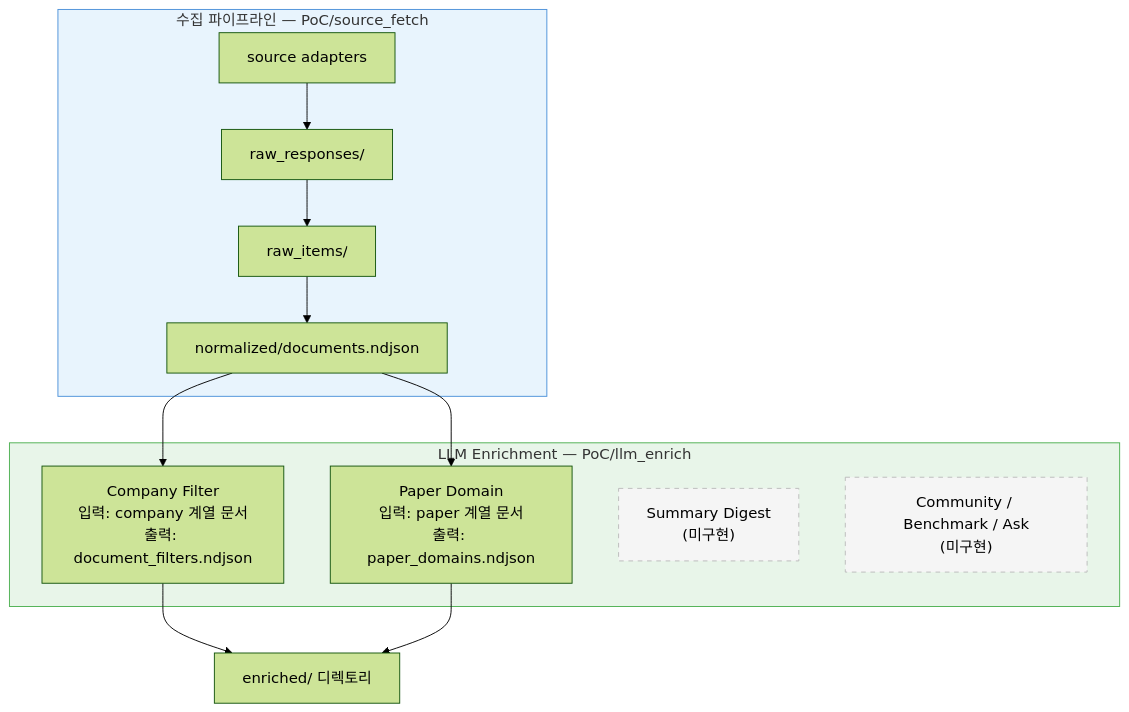
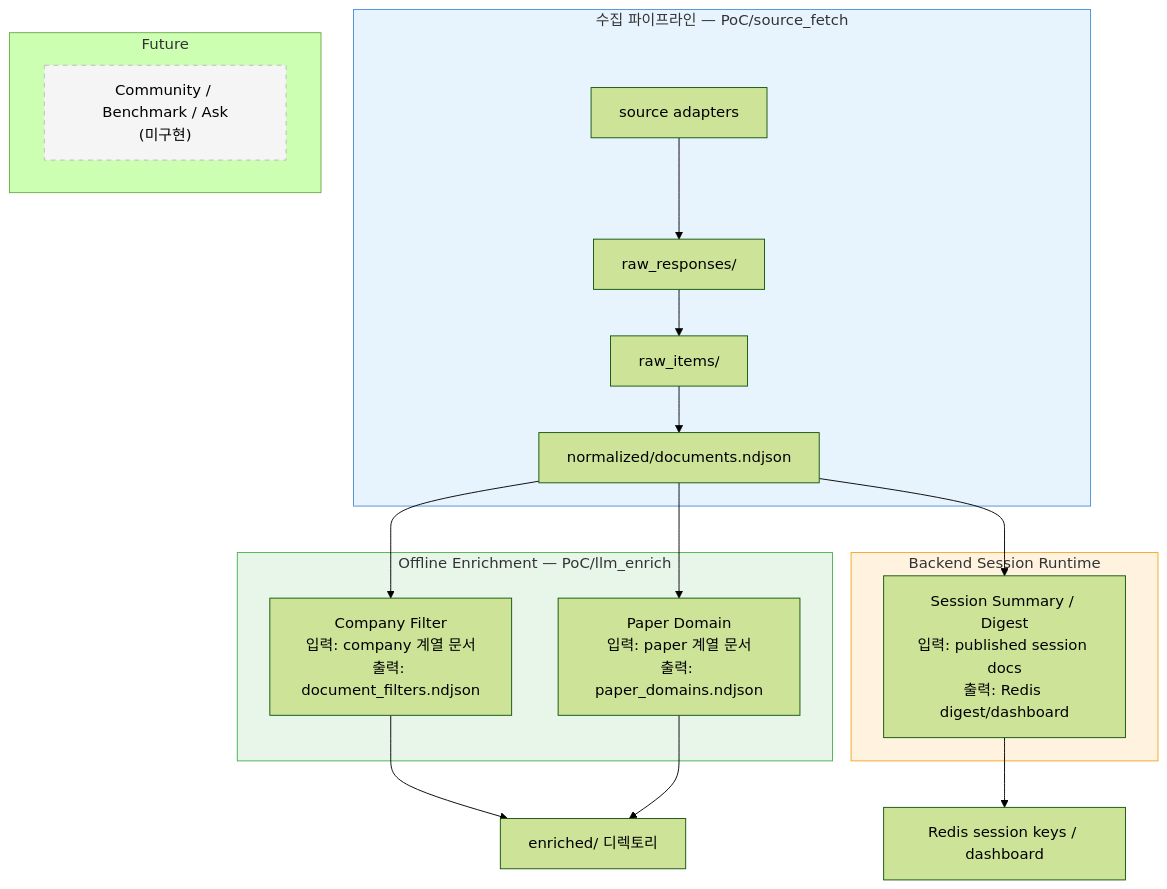
Before and after one commit to sparkorbit/sparkorbit: the first of 3 diagrams in docs/04_llm_usage.md, drawn with Mermaid (forest theme). The commit also changed other lines of this file and 16 other files, not shown here.

Commit message:
Restore runtime docs and session pipeline compatibility

````diff
--- a/docs/04_llm_usage.md
+++ b/docs/04_llm_usage.md
@@ -56,24 +62,32 @@
 ```mermaid
 flowchart TD
     subgraph Collection["수집 파이프라인 — PoC/source_fetch"]
         A["source adapters"] --> B["raw_responses/"] --> C["raw_items/"] --> D["normalized/documents.ndjson"]
     end
 
     D --> E1
     D --> E2
+    D --> E3
 
-    subgraph Enrichment["LLM Enrichment — PoC/llm_enrich"]
+    subgraph Enrichment["Offline Enrichment — PoC/llm_enrich"]
         E1["Company Filter\n입력: company 계열 문서\n출력: document_filters.ndjson"]
         E2["Paper Domain\n입력: paper 계열 문서\n출력: paper_domains.ndjson"]
-        E3["Summary Digest\n(미구현)"]
+    end
+
+    subgraph Runtime["Backend Session Runtime"]
+        E3["Session Summary / Digest\n입력: published session docs\n출력: Redis digest/dashboard"]
+    end
+
+    subgraph Future["Future"]
         E4["Community / Benchmark / Ask\n(미구현)"]
     end
 
     E1 --> F["enriched/ 디렉토리"]
     E2 --> F
+    E3 --> G["Redis session keys / dashboard"]
 
     style Collection fill:#e8f4fd,stroke:#4a90d9
     style Enrichment fill:#e8f5e9,stroke:#4caf50
-    style E3 fill:#f5f5f5,stroke:#bbb,stroke-dasharray: 5 5
+    style Runtime fill:#fff3e0,stroke:#f5a623
     style E4 fill:#f5f5f5,stroke:#bbb,stroke-dasharray: 5 5
 ```
````
